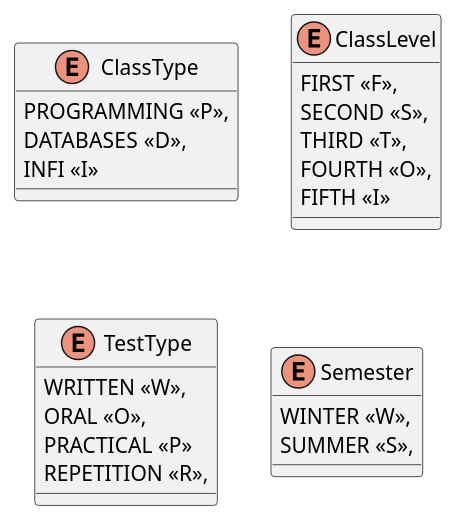
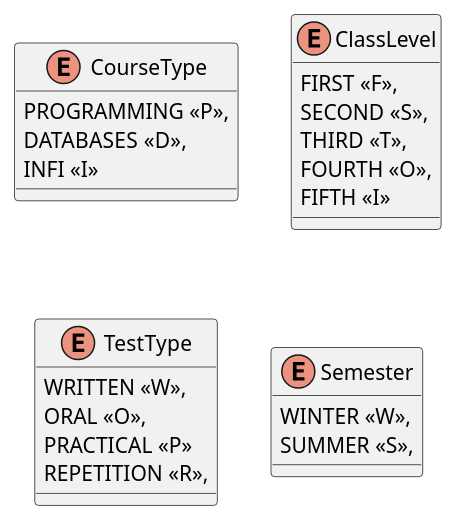
The diagram in src/main/puml/enums.puml (mfreimueller/SJ2525_4EHIF_Art_CMS), drawn with PlantUML before and after one commit. The commit also changed 2 other files, not shown here.

Commit message:
update entity diagram

```diff
--- a/src/main/puml/enums.puml
+++ b/src/main/puml/enums.puml
@@ -1,29 +1,29 @@
 @startuml
 
-enum ClassType {
+enum CourseType {
     PROGRAMMING <<P>>,
     DATABASES <<D>>,
     INFI <<I>>
 }
 
 enum ClassLevel {
     FIRST <<F>>,
     SECOND <<S>>,
     THIRD <<T>>,
     FOURTH <<O>>,
     FIFTH <<I>>
 }
 
 enum TestType {
     WRITTEN <<W>>,
     ORAL <<O>>,
     PRACTICAL <<P>>
     REPETITION <<R>>,
 }
 
 enum Semester {
     WINTER <<W>>,
     SUMMER <<S>>,
 }
 
 @enduml
```
